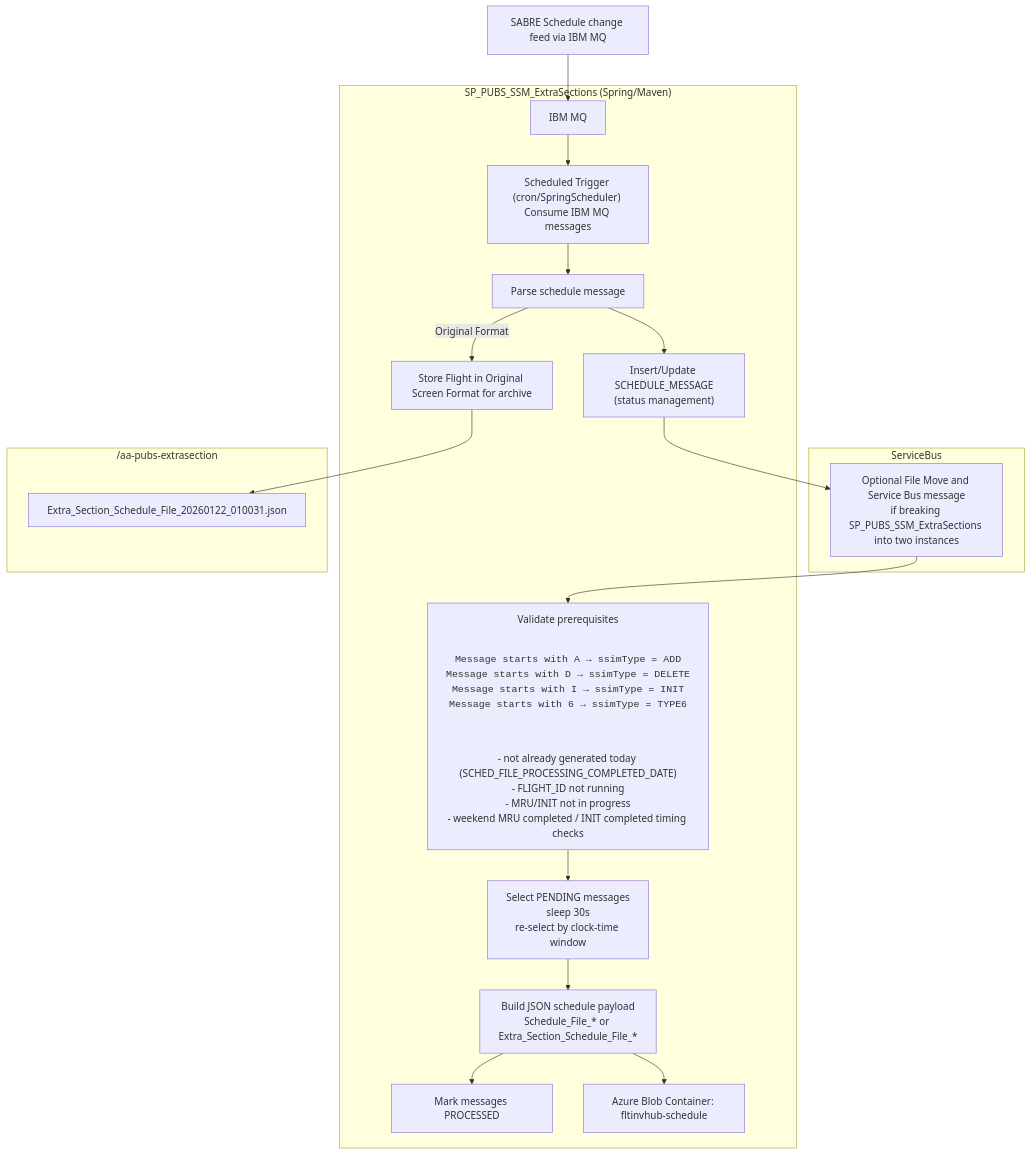
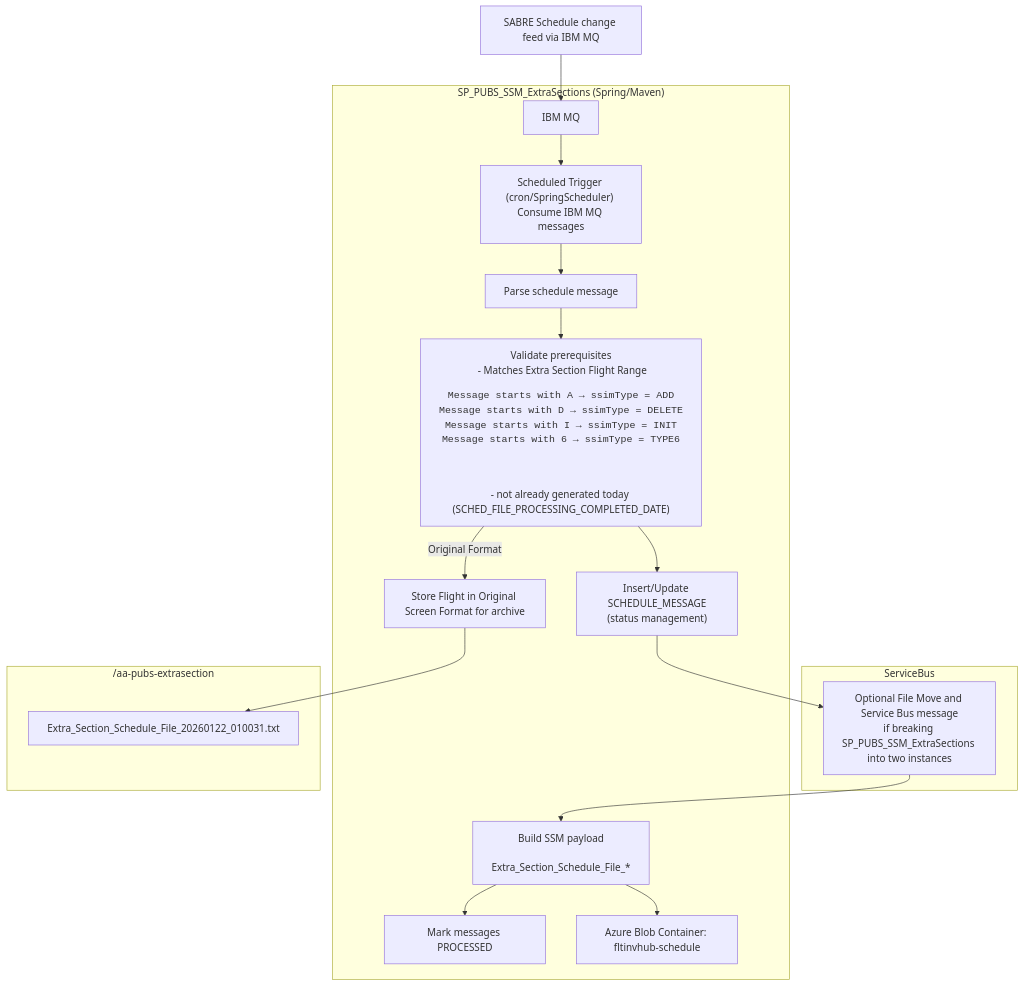
Before and after one commit to GarrenBagley366/SP_PUBS_SSM_ExtraSections: the diagram in README.md, drawn with Mermaid. The commit also changed other lines of this file, not shown here.

Commit message:
Update README with scheduling and flowchart changes
Clarified scheduling restrictions and updated flowchart details.

````diff
--- a/README.md
+++ b/README.md
@@ -16,43 +18,41 @@
 ```mermaid
 flowchart TD
   %% Sources
   SABRE["SABRE Schedule change feed via IBM MQ"] --> MQ["IBM MQ"]
 
   %% Generator
   subgraph GEN["SP_PUBS_SSM_ExtraSections (Spring/Maven)"]
     MQ --> G1["Scheduled Trigger (cron/SpringScheduler) Consume IBM MQ messages"]
     G1 --> G2["Parse schedule message"]
     click G2 href "https://github.com/AAInternal/FltInvhub_Schedule_FileProcessor/wiki/File-Processor-Business-Rules"
-    G2 --> G3["Insert/Update SCHEDULE_MESSAGE<br/>(status management)"]
-    G2 -->|Original Format| G4["Store Flight in Original Screen Format for archive<br/>"]
-    
-
-G6["Validate prerequisites<br/>
+G2 --> G2A["Validate prerequisites<br/> - Matches Extra Section Flight Range
 <pre>
 Message starts with A → ssimType = ADD
 Message starts with D → ssimType = DELETE
 Message starts with I → ssimType = INIT
 Message starts with 6 → ssimType = TYPE6
 </pre><br/>
-- not already generated today (SCHED_FILE_PROCESSING_COMPLETED_DATE)<br/>- FLIGHT_ID not running<br/>- MRU/INIT not in progress<br/>- weekend MRU completed / INIT completed timing checks"]
-    G6 --> G7["Select PENDING messages<br/>sleep 30s<br/>re-select by clock-time window"]
-    G7 --> G8["Build JSON schedule payload<br/>Schedule_File_* or Extra_Section_Schedule_File_*"]
+- not already generated today (SCHED_FILE_PROCESSING_COMPLETED_DATE)<br/>"]
+    G2A --> G3["Insert/Update SCHEDULE_MESSAGE<br/>(status management)"]
+    G2A -->|Original Format| G4["Store Flight in Original Screen Format for archive<br/>"]
+    
+     G8["Build SSM payload<br/> Extra_Section_Schedule_File_*"]
     G8 --> G9["Mark messages PROCESSED"]
     G8 --> BLOB_IN["Azure Blob Container: fltinvhub-schedule"]
   end
 
   %% Message Bus
   subgraph ServiceBus
     SB["Optional File Move and Service Bus message<br>if breaking SP_PUBS_SSM_ExtraSections into two instances "]
   end
 
   subgraph DIR["/aa-pubs-extrasection"]
-    FA["Extra_Section_Schedule_File_20260122_010031.json"]
+    FA["Extra_Section_Schedule_File_20260122_010031.txt"]
   end
 
   %% Edges
   G3 --> SB
   G4 --> FA
-  SB --> G6
+  SB --> G8
 
 ```
````
